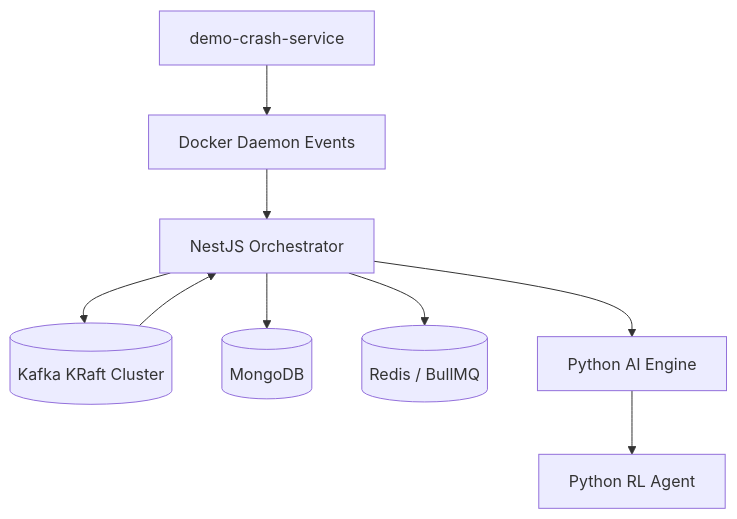
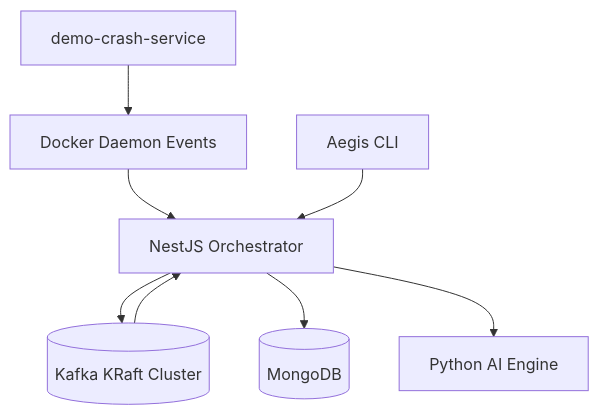
The first of 2 diagrams in README.md (Tusharxhub/aegis), drawn with Mermaid before and after one commit. The commit also changed other lines of this file and 19 other files, not shown here.

````diff
--- a/README.md
+++ b/README.md
@@ -54,20 +52,18 @@
 ```mermaid
 graph TD
     Docker[Docker Daemon Events]
     Backend[NestJS Orchestrator]
     Kafka[(Kafka KRaft Cluster)]
     Mongo[(MongoDB)]
-    Redis[(Redis / BullMQ)]
     AI[Python AI Engine]
-    RL[Python RL Agent]
     Crash[demo-crash-service]
+    CLI[Aegis CLI]
 
     Crash --> Docker
     Docker --> Backend
     Backend --> Kafka
     Backend --> Mongo
-    Backend --> Redis
     Kafka --> Backend
     Backend --> AI
-    AI --> RL
+    CLI --> Backend
 ```
````
